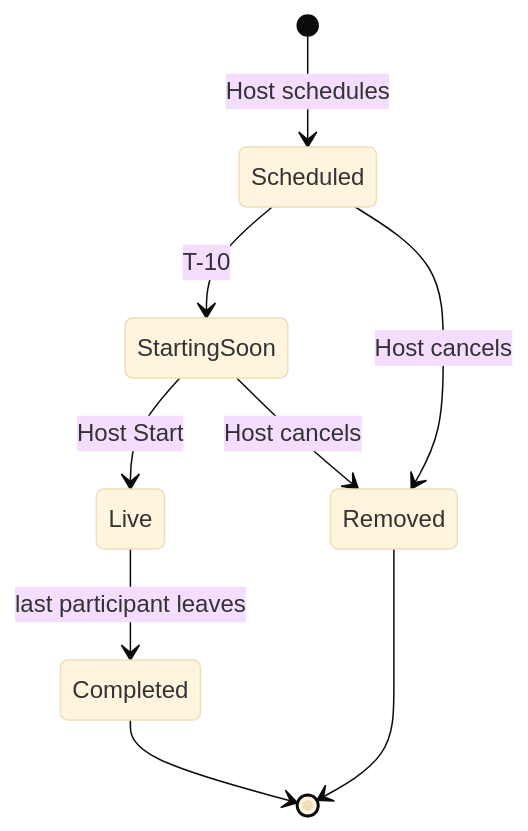
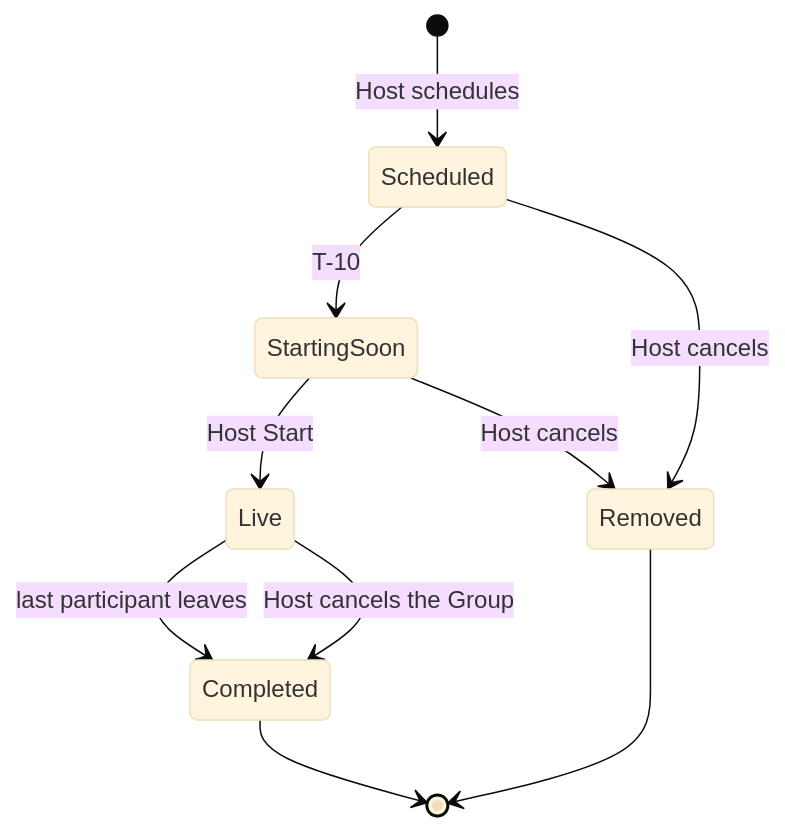
The sixth of 6 diagrams in docs/phase1/study-group/study-group-uml.md (First-Light-TechHK/LearningGuidePortal), drawn with Mermaid (base theme) before and after one commit. The commit also changed other lines of this file and 7 other files, not shown here.

````diff
--- a/docs/phase1/study-group/study-group-uml.md
+++ b/docs/phase1/study-group/study-group-uml.md
@@ -212,11 +214,12 @@
 ```mermaid
 stateDiagram-v2
   [*] --> Scheduled: Host schedules
   Scheduled --> StartingSoon: T-10
   Scheduled --> Removed: Host cancels
   StartingSoon --> Live: Host Start
   StartingSoon --> Removed: Host cancels
   Live --> Completed: last participant leaves
+  Live --> Completed: Host cancels the Group
   Completed --> [*]
   Removed --> [*]
 ```
````
